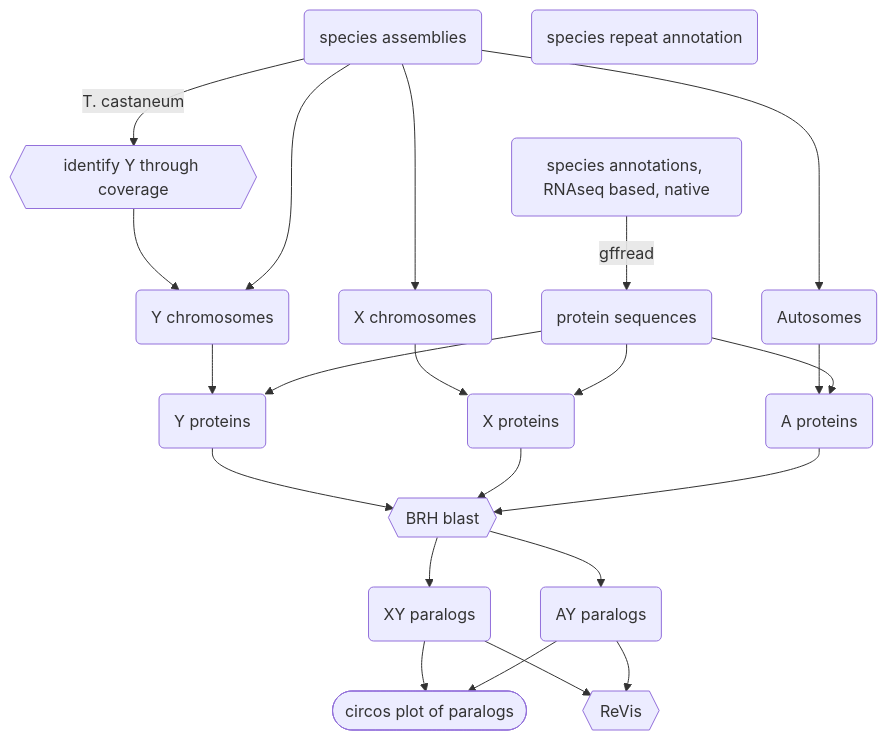
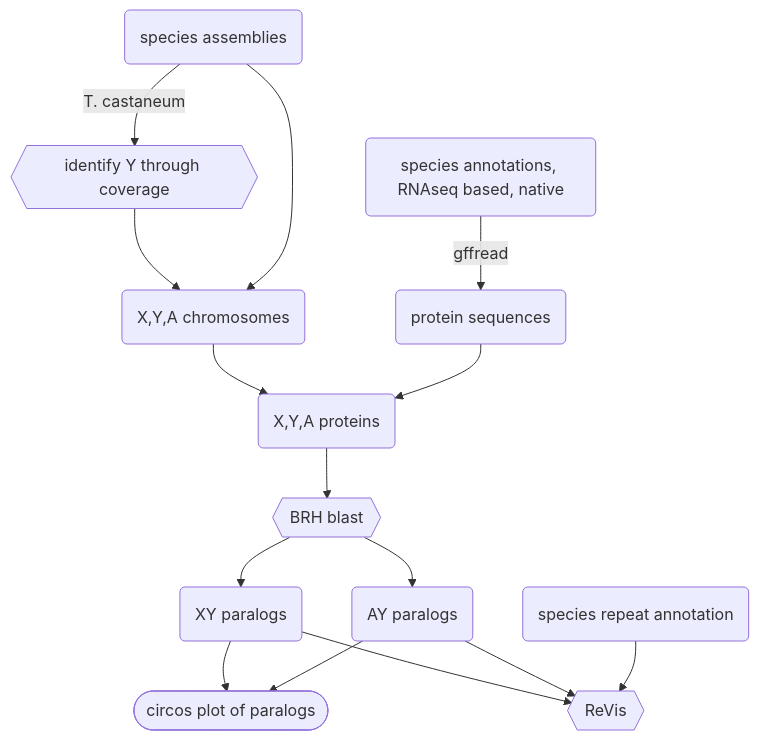
One commit to milena-t/PhD_chapter2 changed the diagram in README.md. Above: the diagram before and after it, drawn with Mermaid.

````diff
--- a/README.md
+++ b/README.md
@@ -9,35 +9,28 @@
 ```mermaid
 graph TD;
     species_Ass(species assemblies);
     species_Ann(species annotations, RNAseq based, native);
     species_rep(species repeat annotation)
     species_Ass -- T. castaneum --> Tcas_Y_chr{{identify Y through coverage}};
-    Tcas_Y_chr --> all_Y(Y chromosomes);
-    species_Ass --> all_X(X chromosomes);
-    species_Ass --> all_A(Autosomes);
-    species_Ass --> all_Y;
+    Tcas_Y_chr --> all_chr(X,Y,A chromosomes);
+    species_Ass --> all_chr;
 
     species_Ann -- gffread --> proteins(protein sequences);
     blast{{BRH blast}};
 
-    all_Y --> prot_Y(Y proteins);
-    proteins --> prot_Y;
-    prot_Y --> blast;
-    all_X --> prot_X(X proteins);
-    proteins --> prot_X;
-    prot_X --> blast;
-    all_A --> prot_A(A proteins);
-    proteins --> prot_A;
-    prot_A --> blast;
+    all_chr --> all_prot(X,Y,A proteins);
+    proteins --> all_prot;
+    all_prot --> blast;
 
     blast --> xy(XY paralogs);
     blast --> ay(AY paralogs);
 
     xy --> circos([circos plot of paralogs]);
     ay --> circos;
 
     xy --> revis{{ReVis}};
     ay --> revis;
+    species_rep --> revis;
 
-    
+
 ```   
````
